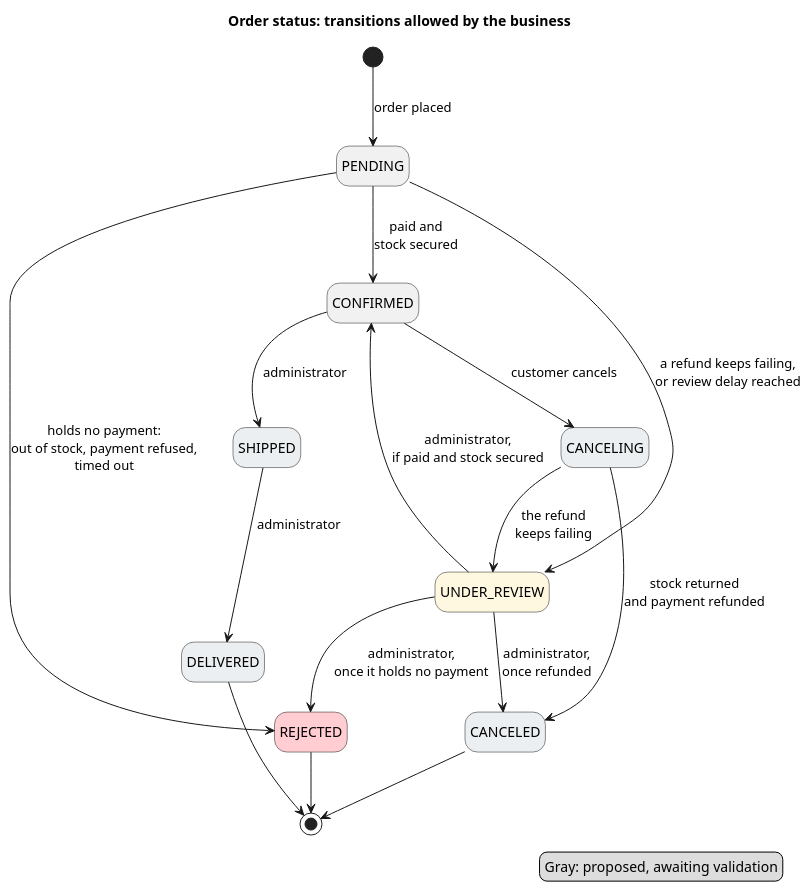
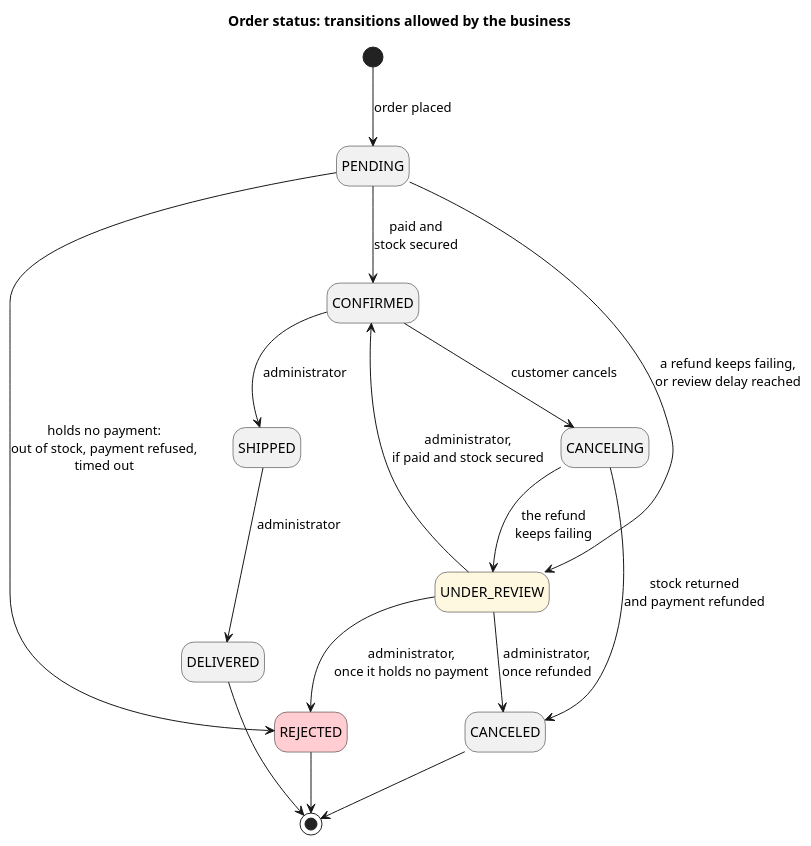
One commit to AxeloLabs/alten-commerce-platform changed the diagram in doc/2-spec/01-business-needs/diagrams/order-status.puml. Above: the diagram before and after it, drawn with PlantUML. The commit also changed 14 other files, not shown here.

```diff
--- a/doc/2-spec/01-business-needs/diagrams/order-status.puml
+++ b/doc/2-spec/01-business-needs/diagrams/order-status.puml
@@ -1,34 +1,31 @@
 @startuml
 title Order status: transitions allowed by the business
 
 hide empty description
 
 state PENDING
 state CONFIRMED
 state REJECTED #FFCDD2
 state UNDER_REVIEW #FFF8E1
-state SHIPPED #ECEFF1
-state DELIVERED #ECEFF1
-state CANCELING #ECEFF1
-state CANCELED #ECEFF1
+state SHIPPED
+state DELIVERED
+state CANCELING
+state CANCELED
 
 [*] --> PENDING : order placed
 PENDING --> CONFIRMED : paid and\nstock secured
 PENDING --> REJECTED : holds no payment:\nout of stock, payment refused,\ntimed out
 PENDING --> UNDER_REVIEW : a refund keeps failing,\nor review delay reached
 UNDER_REVIEW --> CONFIRMED : administrator,\nif paid and stock secured
 UNDER_REVIEW --> REJECTED : administrator,\nonce it holds no payment
 CONFIRMED --> SHIPPED : administrator
 SHIPPED --> DELIVERED : administrator
 CONFIRMED --> CANCELING : customer cancels
 CANCELING --> CANCELED : stock returned\nand payment refunded
 CANCELING --> UNDER_REVIEW : the refund\nkeeps failing
 UNDER_REVIEW --> CANCELED : administrator,\nonce refunded
 REJECTED --> [*]
 DELIVERED --> [*]
 CANCELED --> [*]
 
-legend right
-  Gray: proposed, awaiting validation
-endlegend
 @enduml
```
